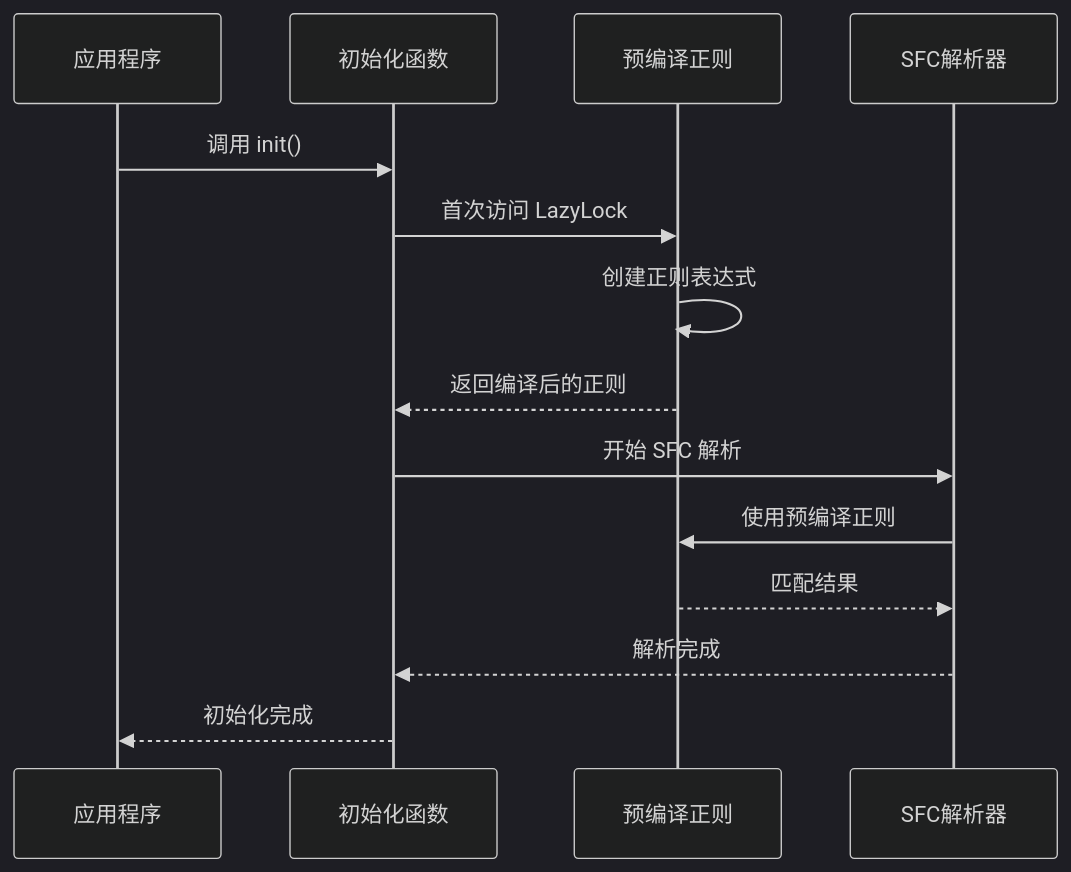
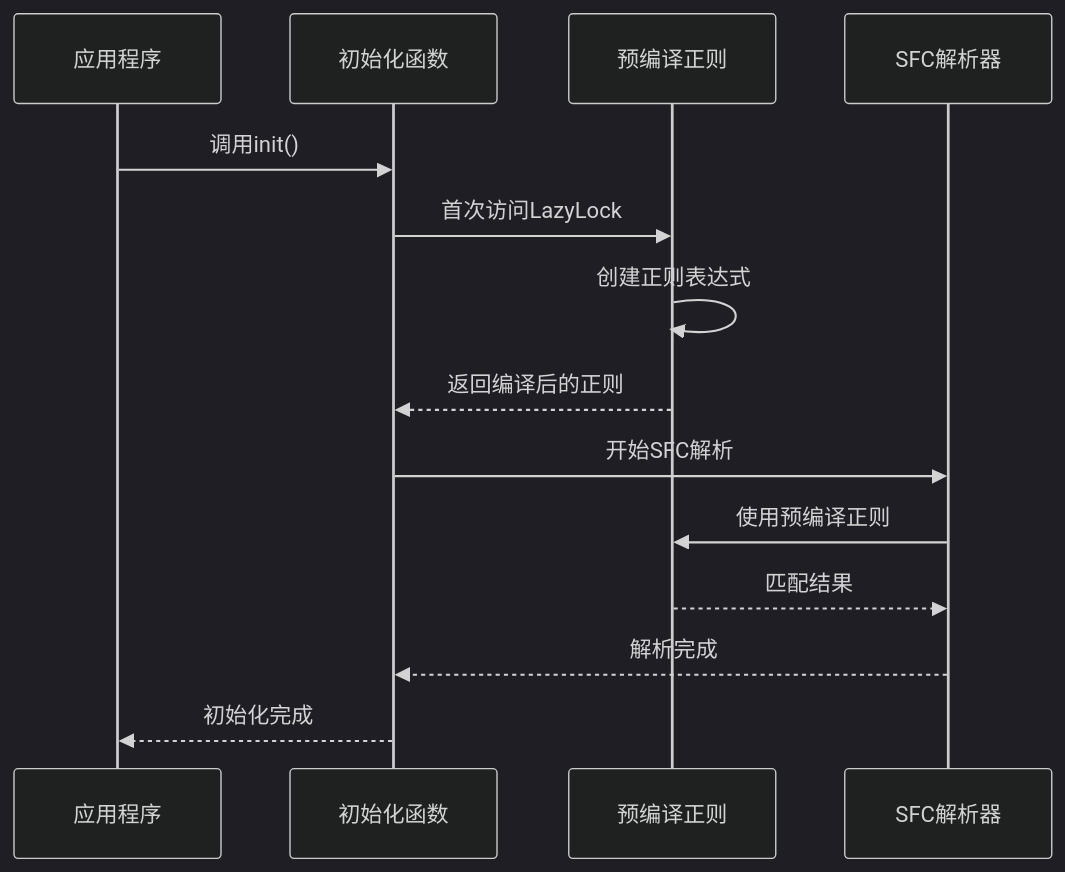
One commit to itszzl-sudo/iris changed the fourth of 23 diagrams in .qoder/repowiki/zh/content/技术架构详解/即时转译系统/SFC编译器初始化机制/SFC编译器初始化机制.md. Above: the diagram before and after it, drawn with Mermaid (dark theme). The commit also changed other lines of this file and 7 other files, not shown here.

````diff
--- a/.qoder/repowiki/zh/content/技术架构详解/即时转译系统/SFC编译器初始化机制/SFC编译器初始化机制.md
+++ b/.qoder/repowiki/zh/content/技术架构详解/即时转译系统/SFC编译器初始化机制/SFC编译器初始化机制.md
@@ -244,16 +245,16 @@
 ```mermaid
 sequenceDiagram
 participant App as 应用程序
 participant Init as 初始化函数
 participant Regex as 预编译正则
 participant Parser as SFC解析器
-App->>Init : 调用 init()
-Init->>Regex : 首次访问 LazyLock
+App->>Init : 调用init()
+Init->>Regex : 首次访问LazyLock
 Regex->>Regex : 创建正则表达式
 Regex-->>Init : 返回编译后的正则
-Init->>Parser : 开始 SFC 解析
+Init->>Parser : 开始SFC解析
 Parser->>Regex : 使用预编译正则
 Regex-->>Parser : 匹配结果
 Parser-->>Init : 解析完成
 Init-->>App : 初始化完成
 ```
````
